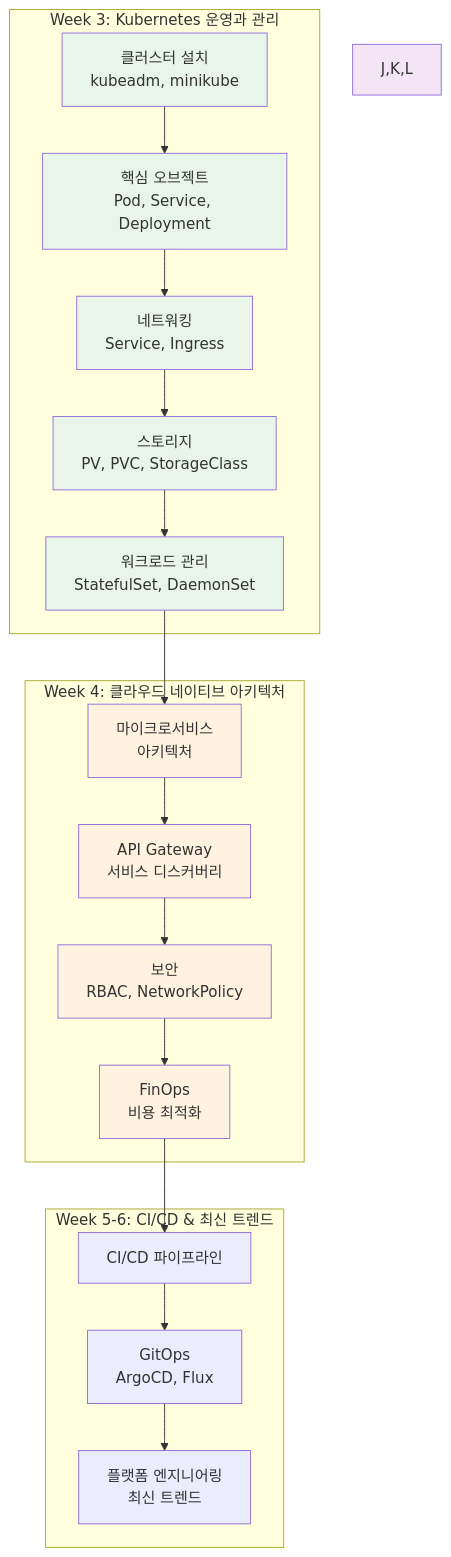
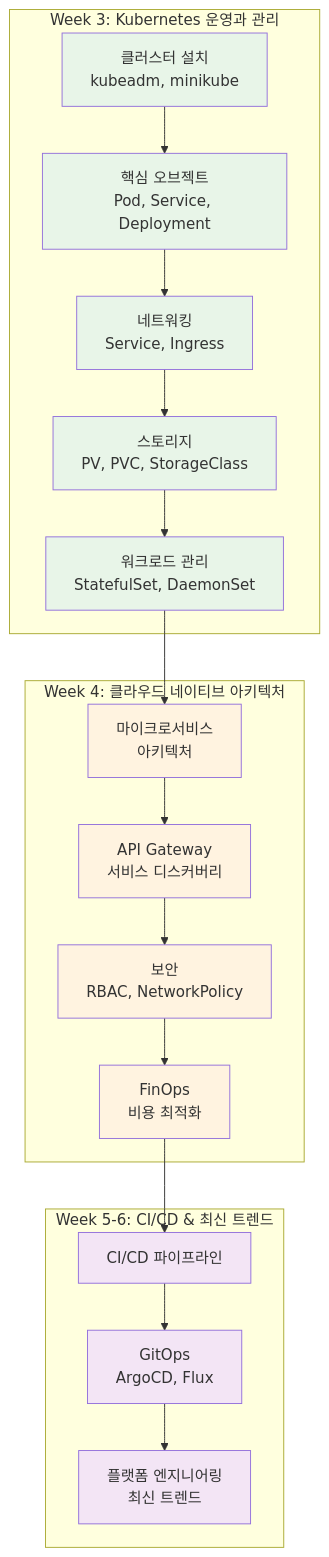
One commit to niceguy61/kdt_devops_lecture_2025 changed the tenth of 14 diagrams in theory/week_02/day4/README_corrected.md. Above: the diagram before and after it, drawn with Mermaid. The commit also changed other lines of this file and 63 other files, not shown here.

````diff
--- a/theory/week_02/day4/README_corrected.md
+++ b/theory/week_02/day4/README_corrected.md
@@ -388,34 +419,36 @@
 ```mermaid
 graph TB
     subgraph "Week 3: Kubernetes 운영과 관리"
         A[클러스터 설치<br/>kubeadm, minikube] --> B[핵심 오브젝트<br/>Pod, Service, Deployment]
         B --> C[네트워킹<br/>Service, Ingress]
         C --> D[스토리지<br/>PV, PVC, StorageClass]
         D --> E[워크로드 관리<br/>StatefulSet, DaemonSet]
     end
     
     subgraph "Week 4: 클라우드 네이티브 아키텍처"
         F[마이크로서비스<br/>아키텍처] --> G[API Gateway<br/>서비스 디스커버리]
         G --> H[보안<br/>RBAC, NetworkPolicy]
         H --> I[FinOps<br/>비용 최적화]
     end
     
     subgraph "Week 5-6: CI/CD & 최신 트렌드"
         J[CI/CD 파이프라인] --> K[GitOps<br/>ArgoCD, Flux]
         K --> L[플랫폼 엔지니어링<br/>최신 트렌드]
     end
     
     E --> F
     I --> J
     
     style A fill:#e8f5e8
     style B fill:#e8f5e8
     style C fill:#e8f5e8
     style D fill:#e8f5e8
     style E fill:#e8f5e8
     style F fill:#fff3e0
     style G fill:#fff3e0
     style H fill:#fff3e0
     style I fill:#fff3e0
-    style J,K,L fill:#f3e5f5
+    style J fill:#f3e5f5
+    style K fill:#f3e5f5
+    style L fill:#f3e5f5
 ```
````
